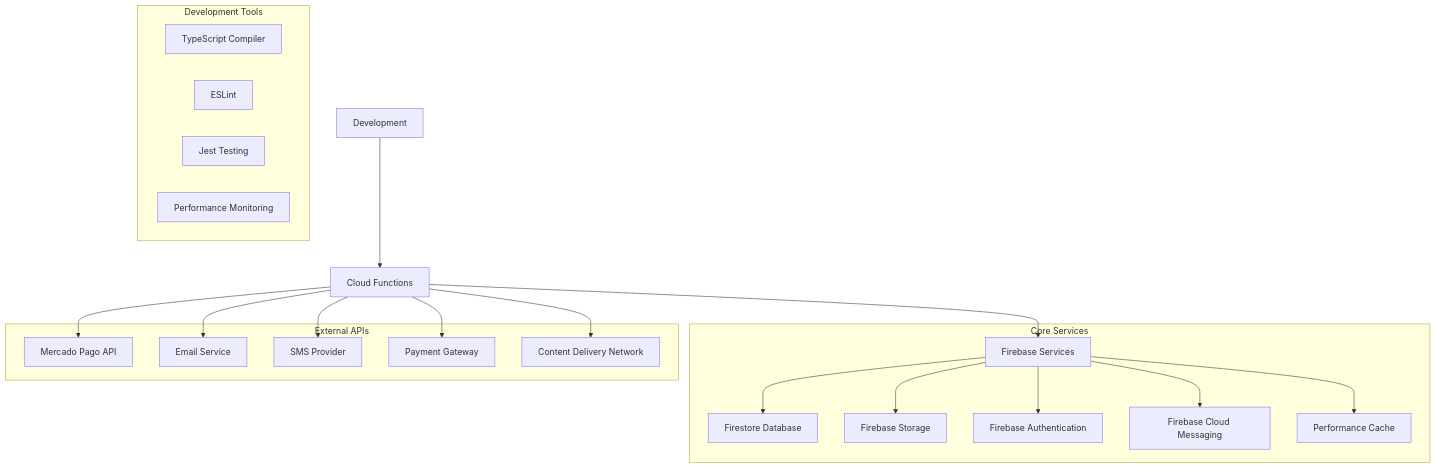
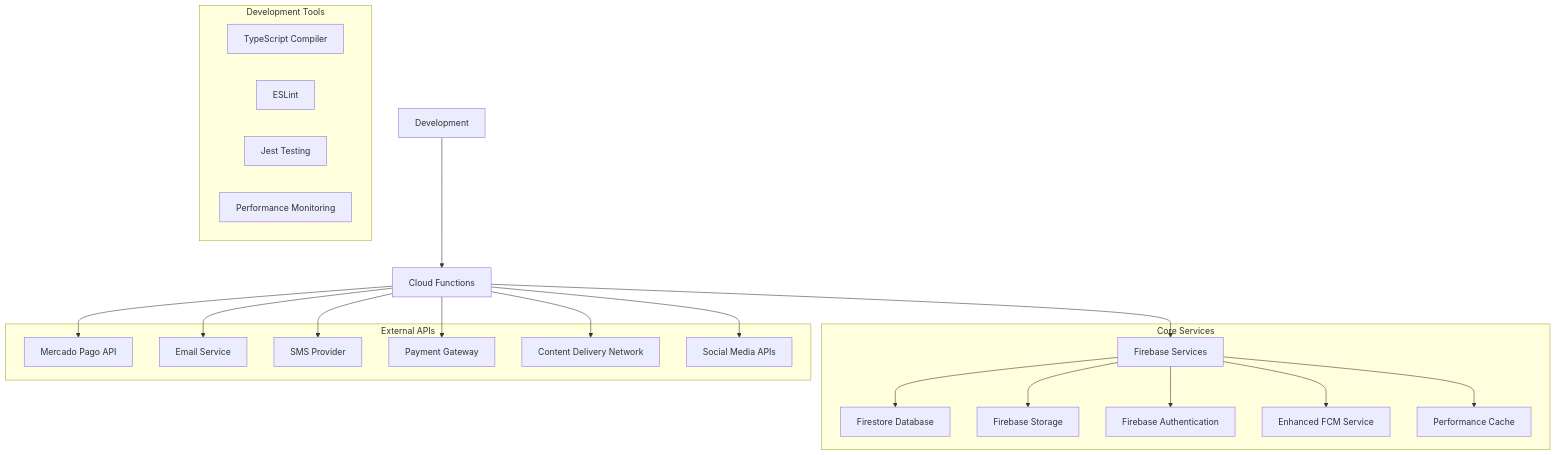
One commit to raihom-netizen/com.gestaoyahwehios.app changed diagram 15 of 16 in .qoder/repowiki/en/content/Cloud Functions & Backend Services/Cloud Functions & Backend Services.md. Above: the diagram before and after it, drawn with Mermaid. The commit also changed other lines of this file and 161 other files, not shown here.

````diff
--- a/.qoder/repowiki/en/content/Cloud Functions & Backend Services/Cloud Functions & Backend Services.md
+++ b/.qoder/repowiki/en/content/Cloud Functions & Backend Services/Cloud Functions & Backend Services.md
@@ -551,36 +663,38 @@
 ```mermaid
 graph TB
 subgraph "Core Services"
 Firebase["Firebase Services"]
 Firestore["Firestore Database"]
 Storage["Firebase Storage"]
 Auth["Firebase Authentication"]
-FCM["Firebase Cloud Messaging"]
+FCM["Enhanced FCM Service"]
 Cache["Performance Cache"]
 end
 subgraph "External APIs"
 MercadoPago["Mercado Pago API"]
 EmailService["Email Service"]
 SMSProvider["SMS Provider"]
 PaymentGateway["Payment Gateway"]
 CDN["Content Delivery Network"]
+SocialAPIs["Social Media APIs"]
 end
 subgraph "Development Tools"
 TypeScript["TypeScript Compiler"]
 ESLint["ESLint"]
 Jest["Jest Testing"]
 PerformanceTools["Performance Monitoring"]
 end
 Firebase --> Firestore
 Firebase --> Storage
 Firebase --> Auth
 Firebase --> FCM
 Firebase --> Cache
 Functions["Cloud Functions"] --> Firebase
 Functions --> MercadoPago
 Functions --> EmailService
 Functions --> SMSProvider
 Functions --> PaymentGateway
 Functions --> CDN
+Functions --> SocialAPIs
 Development --> Functions
 ```
````
